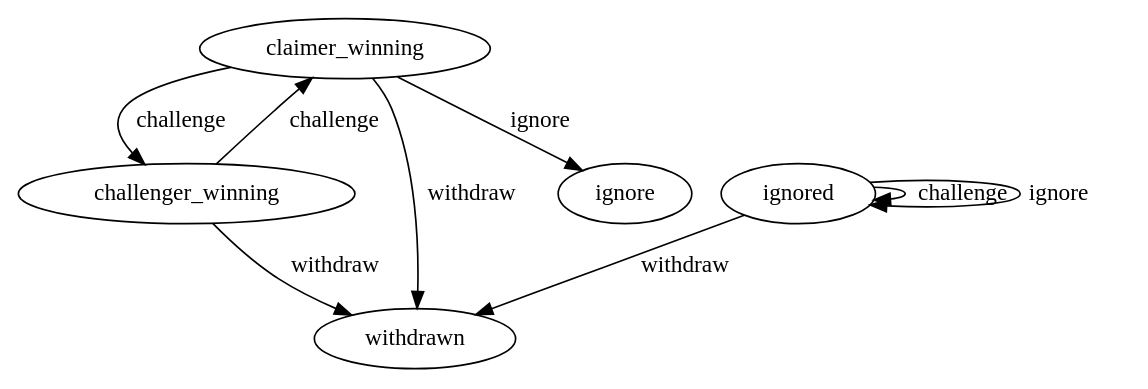
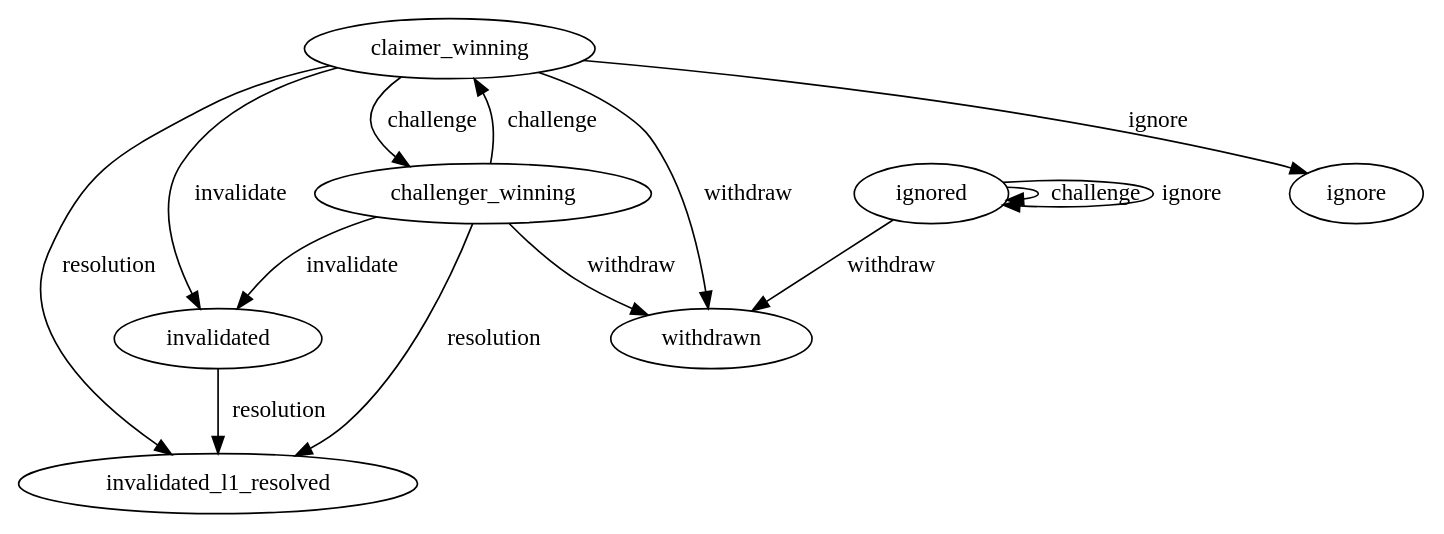
The diagram in docs/source/claim_state_machine.dot (beamer-bridge/beamer), drawn with Graphviz before and after one commit.

Commit message:
docs: Update for extended claim state machine

```diff
--- a/docs/source/claim_state_machine.dot
+++ b/docs/source/claim_state_machine.dot
@@ -1,14 +1,21 @@
 digraph claim_state_machine {
-    node [] claimer_winning, challenger_winning, ignored, withdrawn;
+    node [] claimer_winning, challenger_winning, invalidated, invalidated_l1_resolved, ignored, withdrawn;
 
     claimer_winning -> challenger_winning [label = challenge];
     challenger_winning -> claimer_winning [label = challenge];
     ignored -> ignored [label = challenge];
+
+    claimer_winning -> invalidated [label = invalidate];
+    challenger_winning -> invalidated [label = invalidate];
+
+    claimer_winning -> invalidated_l1_resolved [label = resolution];
+    challenger_winning -> invalidated_l1_resolved [label = resolution];
+    invalidated -> invalidated_l1_resolved [label = resolution];
 
     claimer_winning -> withdrawn [label = withdraw];
     challenger_winning -> withdrawn [label = withdraw];
     ignored -> withdrawn [label = withdraw];
 
     claimer_winning -> ignore [label = ignore];
     ignored -> ignored [label = ignore];
 }
```
